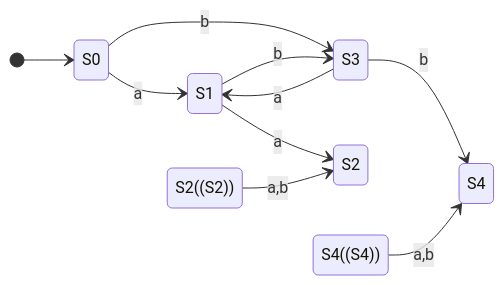
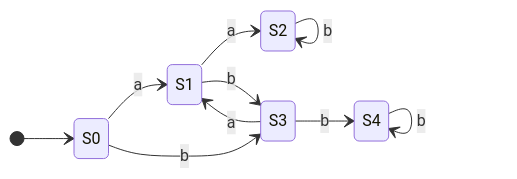
Diagram 13 of 14 in docs/fundamentals/finite_state_machines.md (bradpenney/exploring_computer_science), drawn with Mermaid before and after one commit. The commit also changed other lines of this file and 2 other files, not shown here.

````diff
--- a/docs/fundamentals/finite_state_machines.md
+++ b/docs/fundamentals/finite_state_machines.md
@@ -473,13 +493,19 @@
 ```mermaid
 stateDiagram-v2
     direction LR
     [*] --> S0
-    S0 --> S1 : a
-    S0 --> S3 : b
-    S1 --> S2 : a
-    S1 --> S3 : b
-    S2((S2)) --> S2 : a,b
-    S3 --> S1 : a
-    S3 --> S4 : b
-    S4((S4)) --> S4 : a,b
+    S0 --> S1: a
+    S0 --> S3: b
+    S1 --> S2: a
+    S1 --> S3: b
+    S2 --> S2: a
+    S2 --> S2: b
+    S3 --> S1: a
+    S3 --> S4: b
+    S4 --> S4: a
+    S4 --> S4: b
+    S2:::accepting
+    S4:::accepting
+
+    classDef accepting fill:#90EE90
 ```
````
